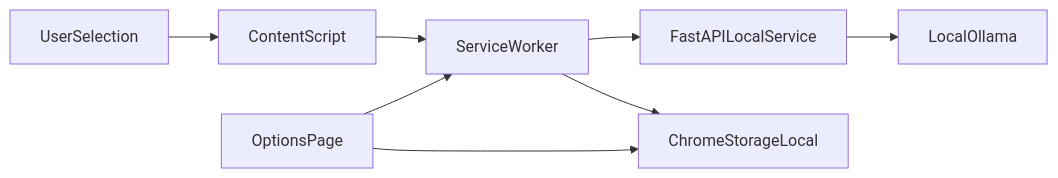
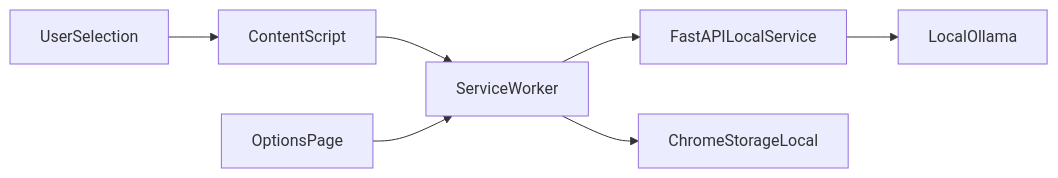
One commit to cogito0823/SnapInsight changed the first of 3 diagrams in docs/design/extension-and-local-service-design.md. Above: the diagram before and after it, drawn with Mermaid. The commit also changed other lines of this file and 9 other files, not shown here.

````diff
--- a/docs/design/extension-and-local-service-design.md
+++ b/docs/design/extension-and-local-service-design.md
@@ -38,10 +40,9 @@
 ```mermaid
 flowchart LR
     user[UserSelection] --> contentScript[ContentScript]
     contentScript --> serviceWorker[ServiceWorker]
     serviceWorker --> localApi[FastAPILocalService]
     localApi --> ollama[LocalOllama]
     serviceWorker --> storage[ChromeStorageLocal]
     optionsPage[OptionsPage] --> serviceWorker
-    optionsPage --> storage
 ```
````
